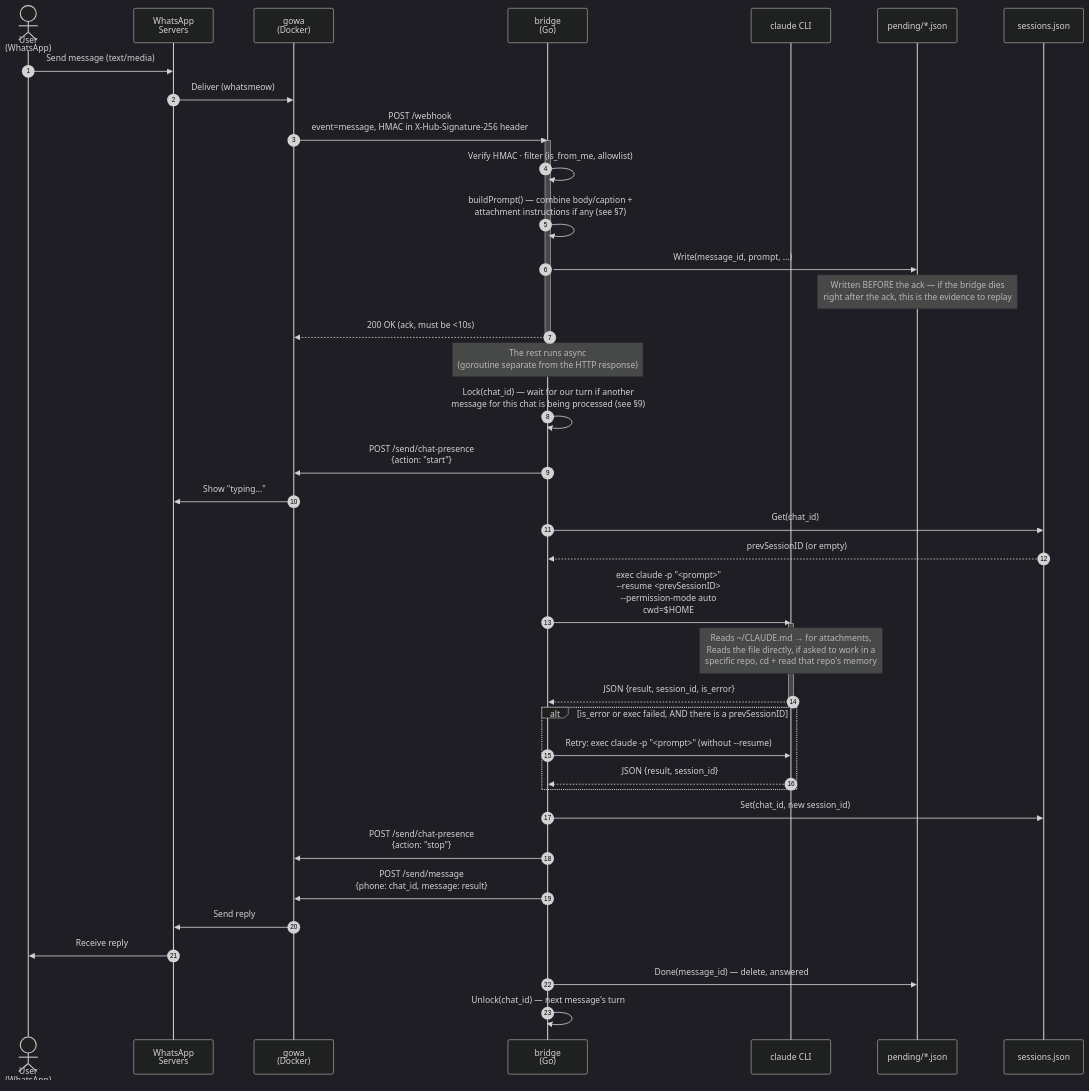
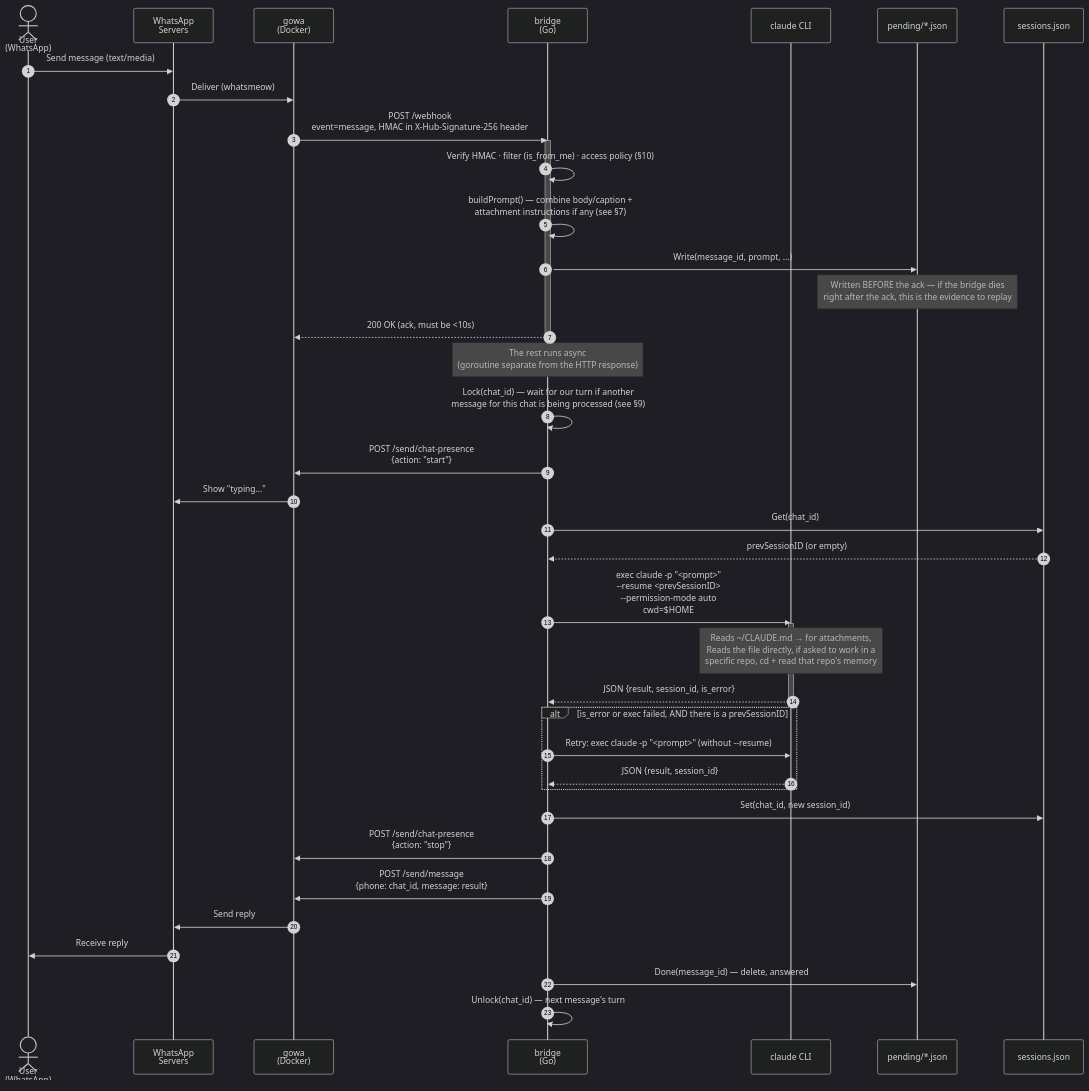
Before and after one commit to tarkiman/claude-whatsapp: the second of 4 diagrams in docs/ARCHITECTURE.md, drawn with Mermaid (dark theme). The commit also changed other lines of this file and 25 other files, not shown here.

````diff
--- a/docs/ARCHITECTURE.md
+++ b/docs/ARCHITECTURE.md
@@ -52,49 +52,49 @@
 ```mermaid
 sequenceDiagram
     autonumber
     actor U as User<br/>(WhatsApp)
     participant W as WhatsApp<br/>Servers
     participant G as gowa<br/>(Docker)
     participant B as bridge<br/>(Go)
     participant C as claude CLI
     participant P as pending/*.json
     participant S as sessions.json
 
     U->>W: Send message (text/media)
     W->>G: Deliver (whatsmeow)
     G->>B: POST /webhook<br/>event=message, HMAC in X-Hub-Signature-256 header
     activate B
-    B->>B: Verify HMAC · filter (is_from_me, allowlist)
+    B->>B: Verify HMAC · filter (is_from_me) · access policy (§10)
     B->>B: buildPrompt() — combine body/caption +<br/>attachment instructions if any (see §7)
     B->>P: Write(message_id, prompt, ...)
     Note over P: Written BEFORE the ack — if the bridge dies<br/>right after the ack, this is the evidence to replay
     B-->>G: 200 OK (ack, must be <10s)
     deactivate B
     Note over B: The rest runs async<br/>(goroutine separate from the HTTP response)
 
     B->>B: Lock(chat_id) — wait for our turn if another<br/>message for this chat is being processed (see §9)
     B->>G: POST /send/chat-presence<br/>{action: "start"}
     G->>W: Show "typing…"
 
     B->>S: Get(chat_id)
     S-->>B: prevSessionID (or empty)
 
     B->>C: exec claude -p "<prompt>"<br/>--resume <prevSessionID><br/>--permission-mode auto<br/>cwd=$HOME
     activate C
     Note over C: Reads ~/CLAUDE.md → for attachments,<br/>Reads the file directly, if asked to work in a<br/>specific repo, cd + read that repo's memory
     C-->>B: JSON {result, session_id, is_error}
     deactivate C
 
     alt is_error or exec failed, AND there is a prevSessionID
         B->>C: Retry: exec claude -p "<prompt>" (without --resume)
         C-->>B: JSON {result, session_id}
     end
 
     B->>S: Set(chat_id, new session_id)
     B->>G: POST /send/chat-presence<br/>{action: "stop"}
     B->>G: POST /send/message<br/>{phone: chat_id, message: result}
     G->>W: Send reply
     W->>U: Receive reply
     B->>P: Done(message_id) — delete, answered
     B->>B: Unlock(chat_id) — next message's turn
 ```
````
